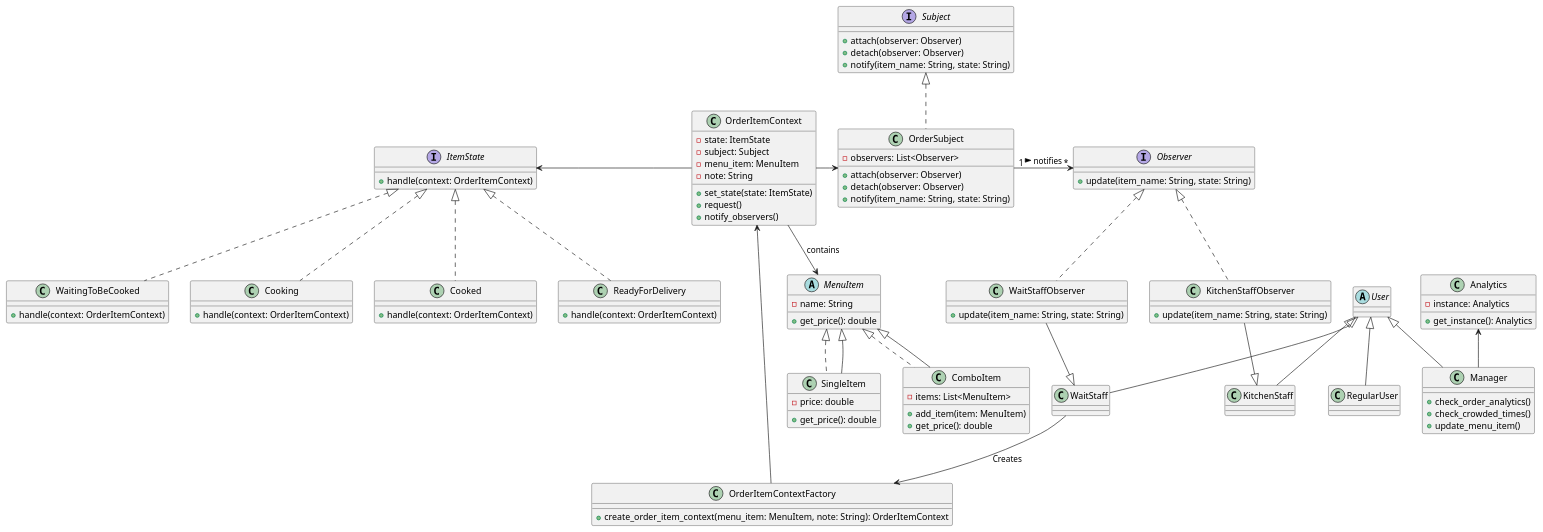
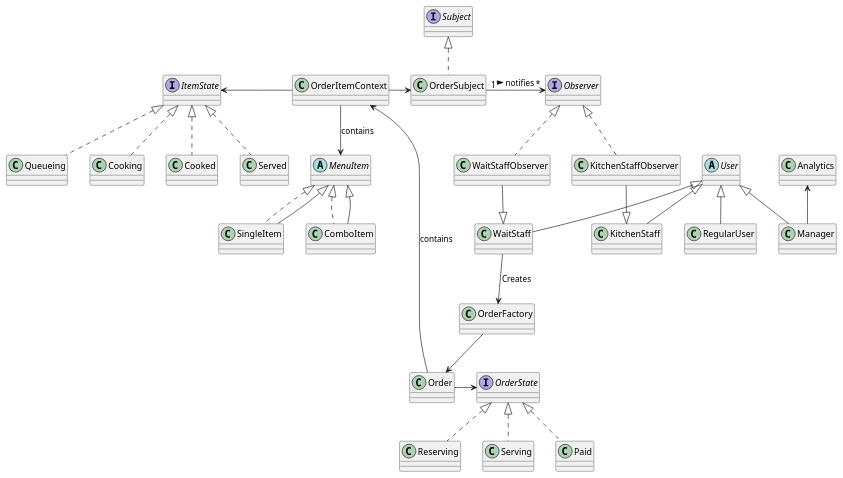
The diagram in design.puml (newbee1905/resturant-automate), drawn with PlantUML before and after one commit. The commit also changed other lines of this file and 2 other files, not shown here.

```diff
--- a/design.puml
+++ b/design.puml
@@ -1,138 +1,116 @@
 @startuml
 
 ' Define interfaces for the Observer pattern
 interface Observer {
-	+update(item_name: String, state: String)
 }
 
 interface Subject {
-	+attach(observer: Observer)
-	+detach(observer: Observer)
-	+notify(item_name: String, state: String)
 }
 
 ' Define concrete classes for the Observer pattern
 class WaitStaffObserver implements Observer {
-	+update(item_name: String, state: String)
 }
 
 class KitchenStaffObserver implements Observer {
-	+update(item_name: String, state: String)
 }
 
 class OrderSubject implements Subject {
-	-observers: List<Observer>
-	+attach(observer: Observer)
-	+detach(observer: Observer)
-	+notify(item_name: String, state: String)
 }
 
 ' Define interfaces and classes for the State pattern for MenuItems
 interface ItemState {
-	+handle(context: OrderItemContext)
 }
 
-class WaitingToBeCooked implements ItemState {
-	+handle(context: OrderItemContext)
+class Queueing implements ItemState {
 }
 
 class Cooking implements ItemState {
-	+handle(context: OrderItemContext)
 }
 
 class Cooked implements ItemState {
-	+handle(context: OrderItemContext)
 }
 
-class ReadyForDelivery implements ItemState {
-	+handle(context: OrderItemContext)
+class Served implements ItemState {
 }
 
-' Define the OrderItemContext
 class OrderItemContext {
-	-state: ItemState
-	-subject: Subject
-	-menu_item: MenuItem
-	-note: String
-	+set_state(state: ItemState)
-	+request()
-	+notify_observers()
 }
 
-' Define Composite pattern for menu items
 abstract MenuItem {
-	-name: String
-	+get_price(): double
 }
 
 class SingleItem implements MenuItem {
-	-price: double
-	+get_price(): double
 }
 
 class ComboItem implements MenuItem {
-	-items: List<MenuItem>
-	+add_item(item: MenuItem)
-	+get_price(): double
 }
 
 ' Define user roles
 abstract class User {
 }
 
 class KitchenStaff {
 }
 
 class WaitStaff {
 }
 
 class Manager {
-	+check_order_analytics()
-	+check_crowded_times()
-	+update_menu_item()
 }
 
 class RegularUser {
 }
 
 ' Link users to Observer roles
 WaitStaffObserver -down-|> WaitStaff
 KitchenStaffObserver -down-|> KitchenStaff
 
 ' Connect the menu items to the order and states
 OrderItemContext -left-> ItemState
 OrderItemContext -right-> OrderSubject
 OrderItemContext --> MenuItem : contains
 
 ' Composite pattern relations
 MenuItem <|-- SingleItem
 MenuItem <|-- ComboItem
 
 ' Link Subject to Observers explicitly
 OrderSubject "1" -right-> "*" Observer : notifies >
 
 ' Composite pattern relations for user
 User <|-- WaitStaff
 User <|-- KitchenStaff
 User <|-- Manager
 User <|-- RegularUser
 
 ' Define Singleton for Analytics
 class Analytics {
-	-instance: Analytics
-	+get_instance(): Analytics
 }
 
 Analytics <-down- Manager
 
-class OrderItemContextFactory {
-	+create_order_item_context(menu_item: MenuItem, note: String): OrderItemContext
+class OrderFactory {
 }
 
-OrderItemContextFactory --> OrderItemContext
+OrderFactory --> Order
 
 ' Link WaitStaff to creating OrderItem
-WaitStaff --> OrderItemContextFactory : Creates
+WaitStaff --> OrderFactory : Creates
 
+Order -> OrderItemContext : contains
+
+interface OrderState {
+}
+
+class Reserving implements OrderState {
+}
+
+class Serving implements OrderState {
+}
+
+class Paid implements OrderState {
+}
+
+Order -> OrderState
 
 @enduml
```
